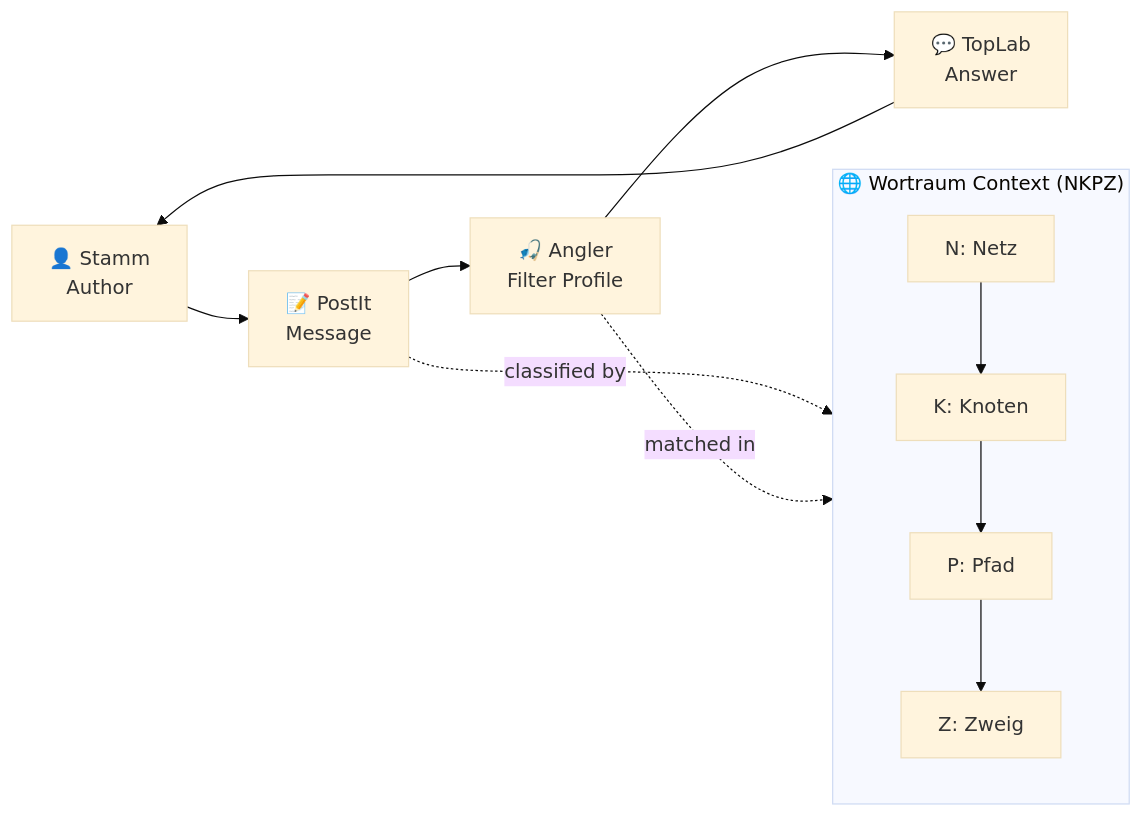
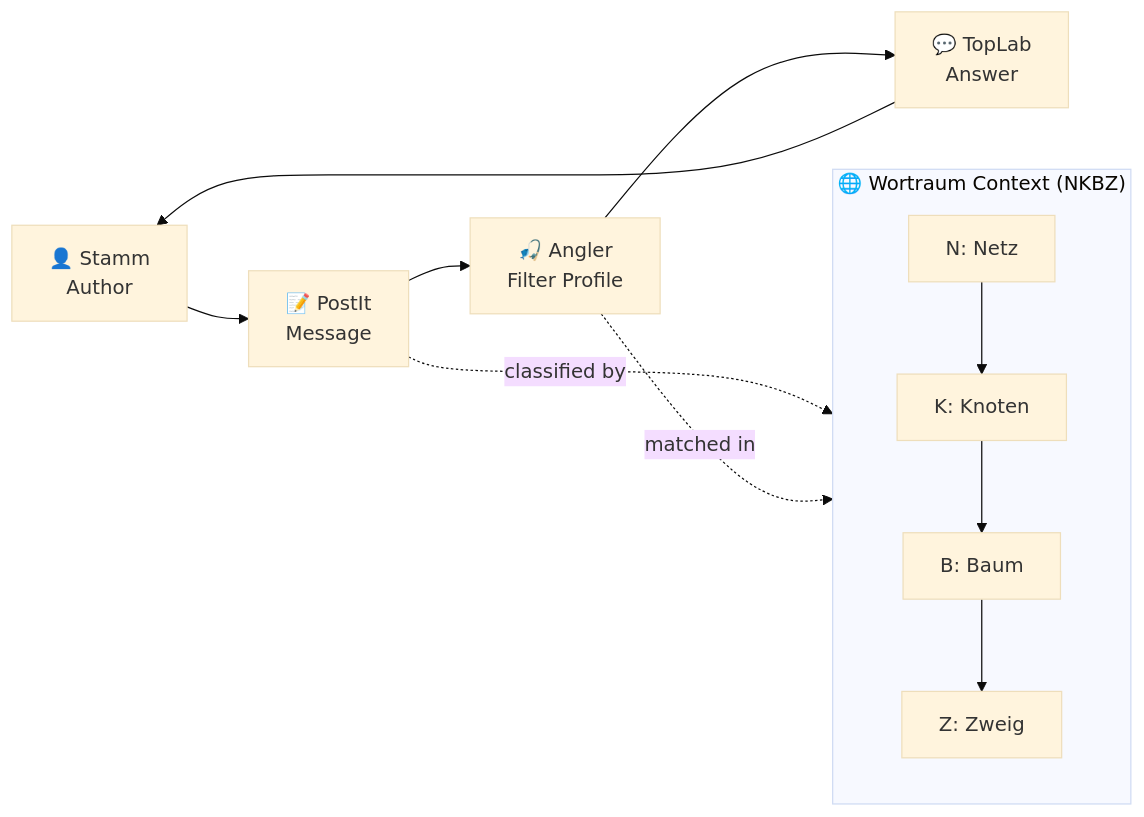
The first of 2 diagrams in docs/design-overview-page/README.md (nulllogicone/OLI-it.Web), drawn with Mermaid (base theme) before and after one commit.

Commit message:
SAPCT-NKBZ diagrams

````diff
--- a/docs/design-overview-page/README.md
+++ b/docs/design-overview-page/README.md
@@ -17,18 +17,18 @@
 ```mermaid
 flowchart LR
     Stamm["👤 Stamm<br/>Author"] --> PostIt["📝 PostIt<br/>Message"]
     PostIt --> Angler["🎣 Angler<br/>Filter Profile"]
     Angler --> TopLab["💬 TopLab<br/>Answer"]
     TopLab --> Stamm
 
-    subgraph Wortraum["🌐 Wortraum Context (NKPZ)"]
+    subgraph Wortraum["🌐 Wortraum Context (NKBZ)"]
         Netz["N: Netz"]
         Knoten["K: Knoten"]
-        Pfad["P: Pfad"]
+        Baum["B: Baum"]
         Zweig["Z: Zweig"]
-        Netz --> Knoten --> Pfad --> Zweig
+        Netz --> Knoten --> Baum --> Zweig
     end
 
     PostIt -. classified by .-> Wortraum
     Angler -. matched in .-> Wortraum
 ```
````
